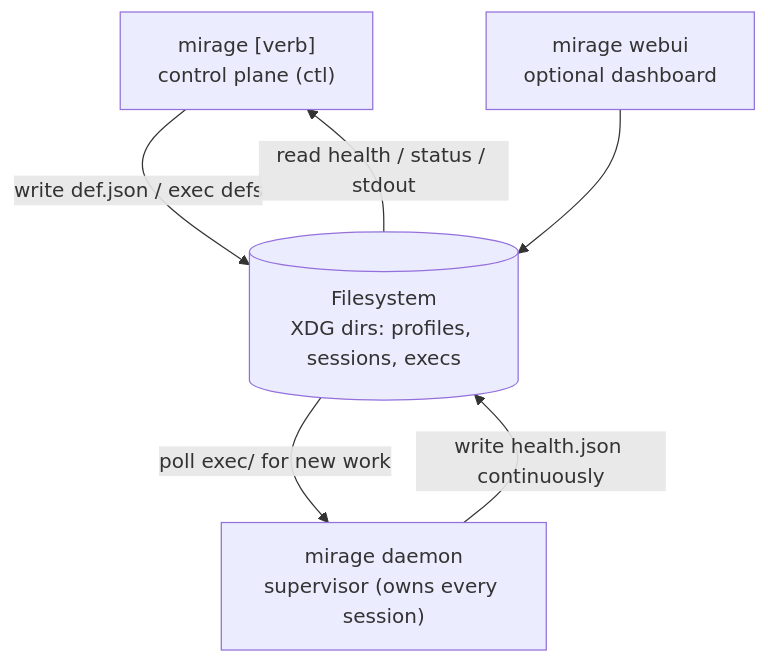
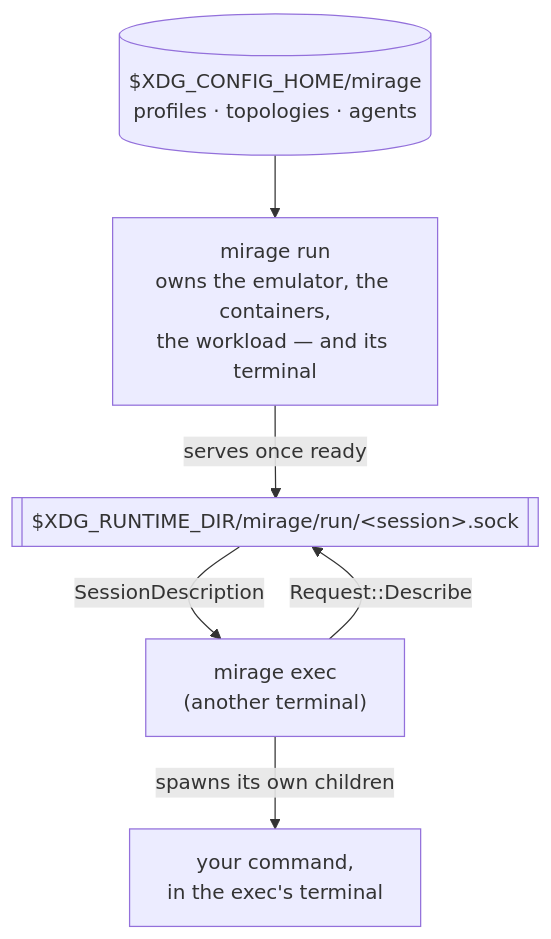
The third of 14 diagrams in emulation/mirage/docs/demo-debugging-at-scale.md (ROCm/rocm-systems), drawn with Mermaid before and after one commit. The commit also changed other lines of this file and 107 other files, not shown here.

````diff
--- a/emulation/mirage/docs/demo-debugging-at-scale.md
+++ b/emulation/mirage/docs/demo-debugging-at-scale.md
@@ -136,13 +139,13 @@
 ```mermaid
 flowchart TB
-    CLI["mirage [verb]<br/>control plane (ctl)"]
-    HOST["mirage daemon<br/>supervisor (owns every session)"]
-    WEB["mirage webui<br/>optional dashboard"]
-    FS[("Filesystem<br/>XDG dirs: profiles, sessions, execs")]
+    CFG[("$XDG_CONFIG_HOME/mirage<br/>profiles · topologies · agents")]
+    RUN["mirage run<br/>owns the emulator, the containers,<br/>the workload — and its terminal"]
+    SOCK[["$XDG_RUNTIME_DIR/mirage/run/&lt;session&gt;.sock"]]
+    EX["mirage exec<br/>(another terminal)"]
 
-    CLI -->|"write def.json / exec defs"| FS
-    FS -->|"read health / status / stdout"| CLI
-    HOST -->|"write health.json continuously"| FS
-    FS -->|"poll exec/ for new work"| HOST
-    WEB --> FS
+    CFG --> RUN
+    RUN -->|"serves once ready"| SOCK
+    EX -->|"Request::Describe"| SOCK
+    SOCK -->|"SessionDescription"| EX
+    EX -->|"spawns its own children"| W["your command,<br/>in the exec's terminal"]
 ```
````
